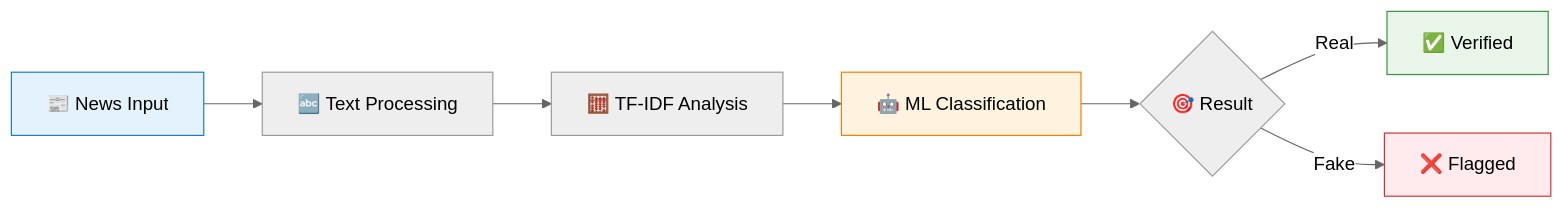
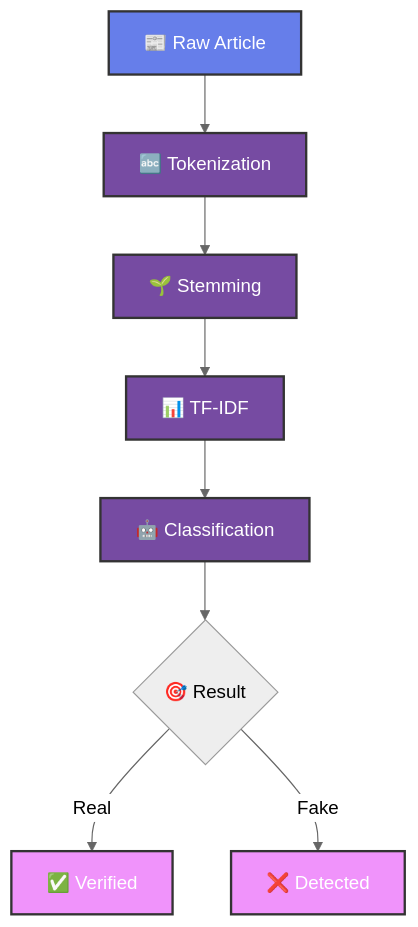
One commit to alam025/fake-news-detection-nlp-system changed the first of 2 diagrams in README.md. Above: the diagram before and after it, drawn with Mermaid (neutral theme). The commit also changed other lines of this file, not shown here.

````diff
--- a/README.md
+++ b/README.md
@@ -77,14 +70,18 @@
 ```mermaid
-graph LR
-    A[📰 News Input] --> B[🔤 Text Processing]
-    B --> C[🧮 TF-IDF Analysis]
-    C --> D[🤖 ML Classification]
-    D --> E{🎯 Result}
-    E -->|Real| F[✅ Verified]
-    E -->|Fake| G[❌ Flagged]
+flowchart TD
+    A[📰 Raw Article] --> B[🔤 Tokenization]
+    B --> C[🌱 Stemming]
+    C --> D[📊 TF-IDF]
+    D --> E[🤖 Classification]
+    E --> F{🎯 Result}
+    F -->|Real| G[✅ Verified]
+    F -->|Fake| H[❌ Detected]
     
-    style A fill:#E3F2FD,stroke:#1976D2
-    style D fill:#FFF3E0,stroke:#F57C00
-    style F fill:#E8F5E8,stroke:#388E3C
-    style G fill:#FFEBEE,stroke:#D32F2F
+    classDef input fill:#667eea,stroke:#333,stroke-width:2px,color:#fff
+    classDef process fill:#764ba2,stroke:#333,stroke-width:2px,color:#fff
+    classDef output fill:#f093fb,stroke:#333,stroke-width:2px,color:#fff
+    
+    class A input
+    class B,C,D,E process
+    class G,H output
 ```
````
